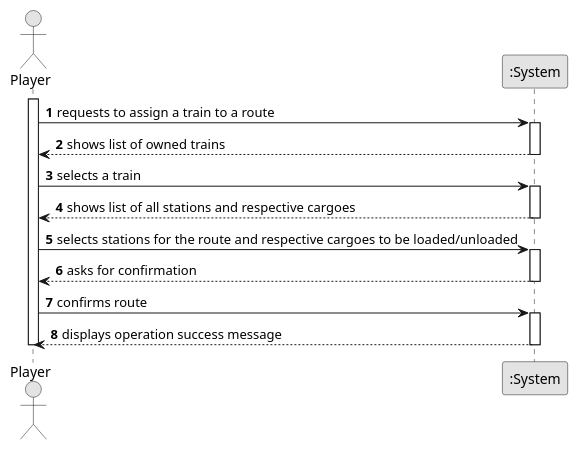
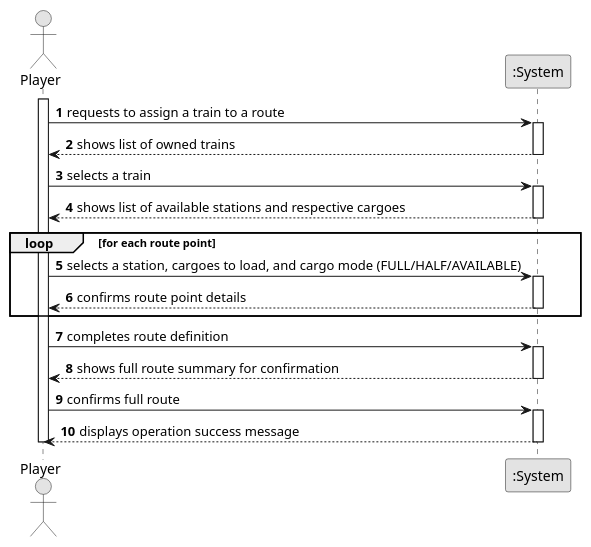
The diagram in docs/system-documentation/US010/01.requirements-engineering/puml/US010-SSD.puml (1240826/empire-on-tracks), drawn with PlantUML before and after one commit. The commit also changed 2 other files, not shown here.

```diff
--- a/docs/system-documentation/US010/01.requirements-engineering/puml/US010-SSD.puml
+++ b/docs/system-documentation/US010/01.requirements-engineering/puml/US010-SSD.puml
@@ -1,38 +1,41 @@
 @startuml
 skinparam monochrome true
 skinparam packageStyle rectangle
 skinparam shadowing false
 
 autonumber
 
 actor "Player" as Player
 participant ":System" as System
 
 activate Player
 
     Player -> System : requests to assign a train to a route
     activate System
-
         System --> Player : shows list of owned trains
     deactivate System
 
     Player -> System : selects a train
     activate System
-
-        System --> Player : shows list of all stations and respective cargoes
+        System --> Player : shows list of available stations and respective cargoes
     deactivate System
 
-    Player -> System : selects stations for the route and respective cargoes to be loaded/unloaded
+    loop for each route point
+        Player -> System : selects a station, cargoes to load, and cargo mode (FULL/HALF/AVAILABLE)
+        activate System
+            System --> Player : confirms route point details
+        deactivate System
+    end
+
+    Player -> System : completes route definition
     activate System
-
-        System --> Player : asks for confirmation
+        System --> Player : shows full route summary for confirmation
     deactivate System
 
-    Player -> System : confirms route
+    Player -> System : confirms full route
     activate System
-
         System --> Player : displays operation success message
     deactivate System
 
 deactivate Player
 @enduml
```
